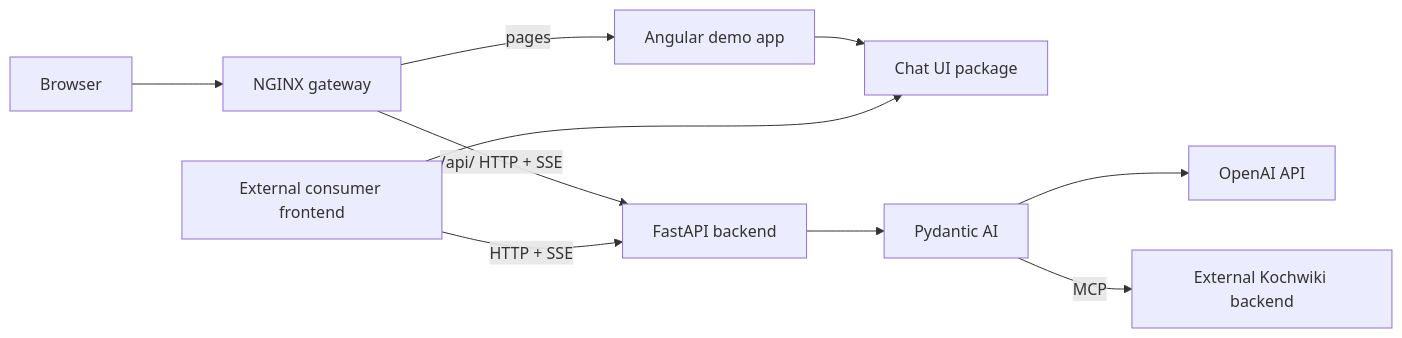
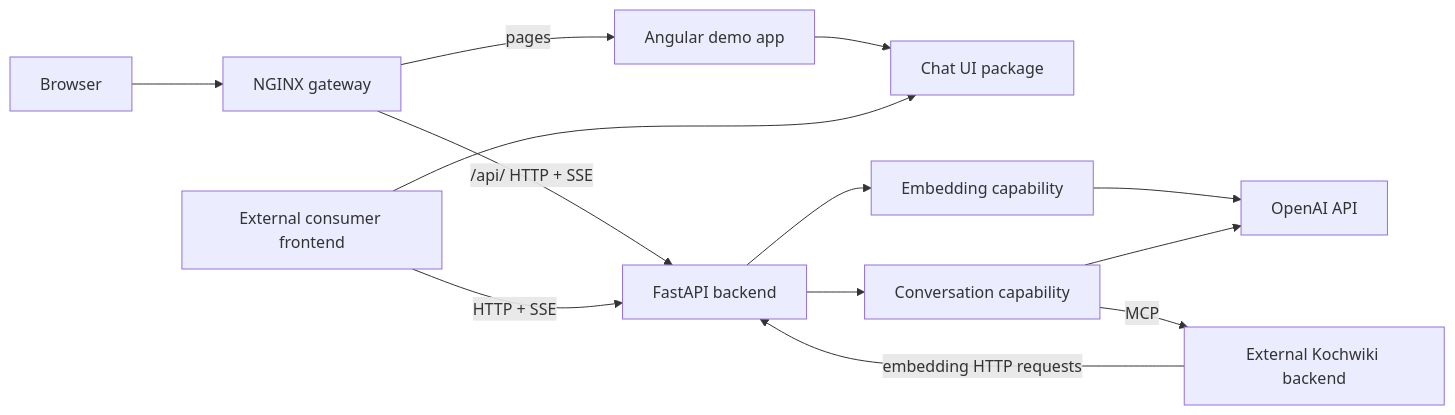
One commit to roithme0/ai-service changed the diagram in docs/navigation.md. Above: the diagram before and after it, drawn with Mermaid. The commit also changed other lines of this file and 24 other files, not shown here.

Commit message:
feat: add embedding capability

````diff
--- a/docs/navigation.md
+++ b/docs/navigation.md
@@ -7,12 +7,15 @@
 ```mermaid
 flowchart LR
     Browser --> Gateway[NGINX gateway]
     Gateway -->|pages| Frontend[Angular demo app]
     Gateway -->|/api/ HTTP + SSE| Backend[FastAPI backend]
     Frontend --> ChatUI[Chat UI package]
     Consumer[External consumer frontend] --> ChatUI
     Consumer -->|HTTP + SSE| Backend
-    Backend --> Engine[Pydantic AI]
-    Engine --> OpenAI[OpenAI API]
-    Engine -->|MCP| Kochwiki[External Kochwiki backend]
+    Backend --> Conversations[Conversation capability]
+    Kochwiki -->|embedding HTTP requests| Backend
+    Backend --> Embeddings[Embedding capability]
+    Embeddings --> OpenAI
+    Conversations --> OpenAI[OpenAI API]
+    Conversations -->|MCP| Kochwiki[External Kochwiki backend]
 ```
````
